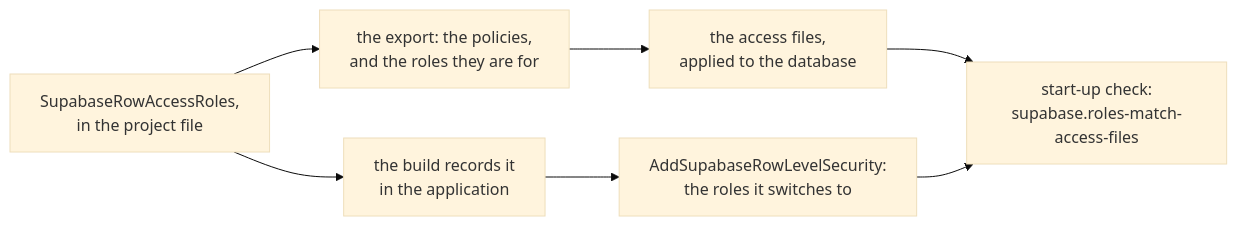
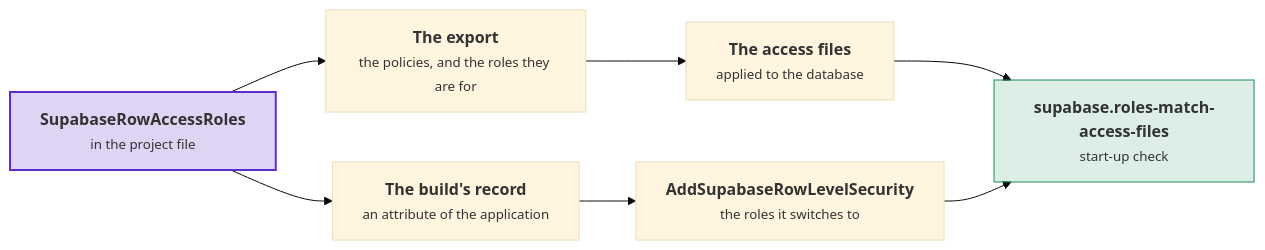
The seventh of 10 diagrams in docs/supabase.md (DylanSnel/DDDToolkit), drawn with Mermaid (base theme) before and after one commit. The commit also changed other lines of this file and 41 other files, not shown here.

First line of the commit message:
Docs: plain prose, one word per concept, and readable diagrams on every page

````diff
--- a/docs/supabase.md
+++ b/docs/supabase.md
@@ -971,9 +1120,19 @@
 ```mermaid
 flowchart LR
-    Property["SupabaseRowAccessRoles,<br/>in the project file"] --> Export["the export: the policies,<br/>and the roles they are for"]
-    Property --> Recorded["the build records it<br/>in the application"]
-    Export --> Database["the access files,<br/>applied to the database"]
-    Recorded --> Options["AddSupabaseRowLevelSecurity:<br/>the roles it switches to"]
-    Database --> Check["start-up check:<br/>supabase.roles-match-access-files"]
-    Options --> Check
+    property["<b>SupabaseRowAccessRoles</b><br/><small>in the project file</small>"]
+    export["<b>The export</b><br/><small>the policies, and the roles they are for</small>"]
+    recorded["<b>The build's record</b><br/><small>an attribute of the application</small>"]
+    database["<b>The access files</b><br/><small>applied to the database</small>"]
+    options["<b>AddSupabaseRowLevelSecurity</b><br/><small>the roles it switches to</small>"]
+    check["<b>supabase.roles-match-access-files</b><br/><small>start-up check</small>"]
+    property --> export
+    property --> recorded
+    export --> database
+    recorded --> options
+    database --> check
+    options --> check
+    classDef strong fill:#5b2ec933,stroke:#5b2ec9,stroke-width:2px
+    classDef good fill:#1f8a5b26,stroke:#1f8a5b
+    class property strong
+    class check good
 ```
````
